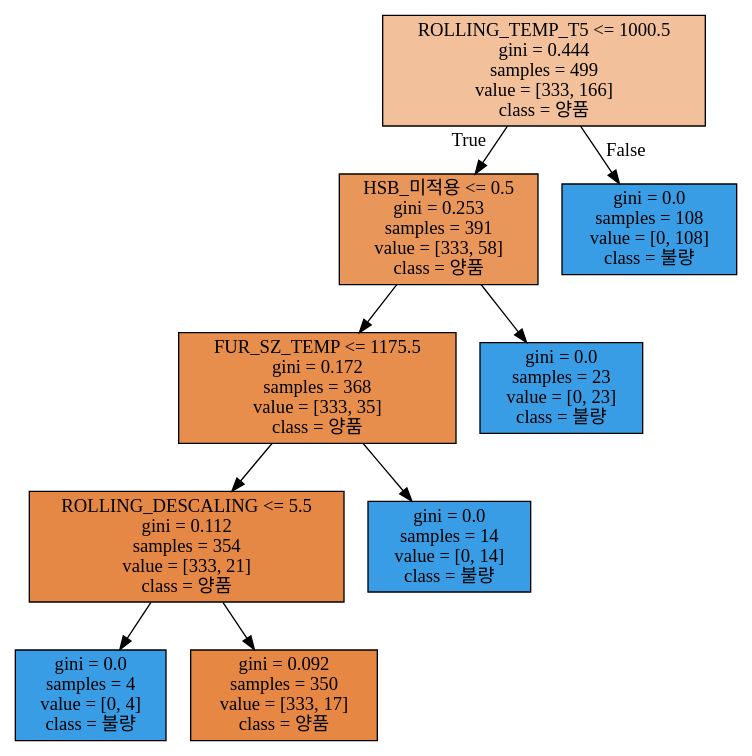
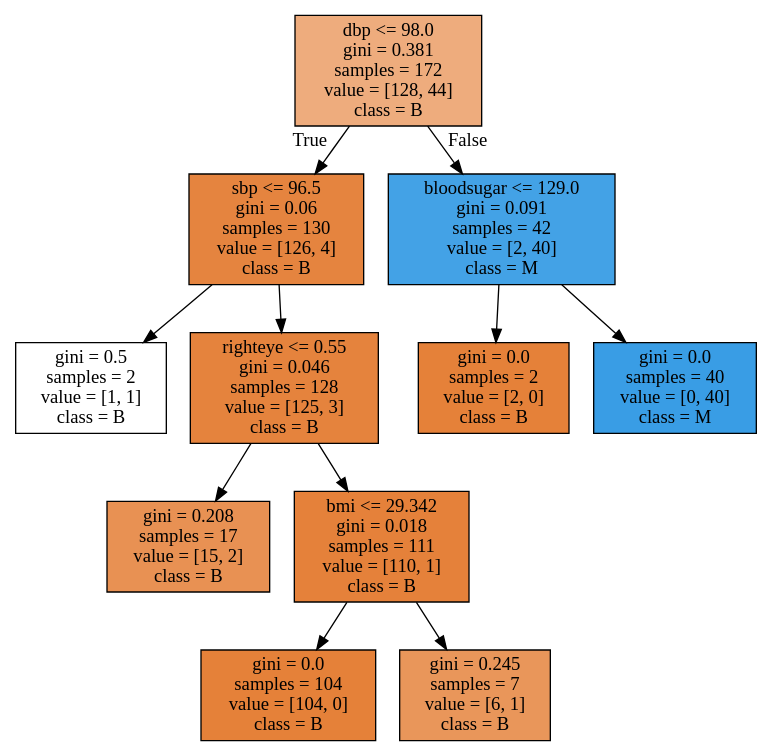
The diagram in py_study/tree_final.dot (juseonjeong/pythonStudy_seon), drawn with Graphviz before and after one commit. The commit also changed 1 other file, not shown here.

```diff
--- a/py_study/tree_final.dot
+++ b/py_study/tree_final.dot
@@ -1,20 +1,24 @@
 digraph Tree {
 node [shape=box, style="filled", color="black"] ;
-0 [label="ROLLING_TEMP_T5 <= 1000.5\ngini = 0.444\nsamples = 499\nvalue = [333, 166]\nclass = 양품", fillcolor="#e5813980"] ;
-1 [label="HSB_미적용 <= 0.5\ngini = 0.253\nsamples = 391\nvalue = [333, 58]\nclass = 양품", fillcolor="#e58139d3"] ;
+0 [label="dbp <= 98.0\ngini = 0.381\nsamples = 172\nvalue = [128, 44]\nclass = B", fillcolor="#e58139a7"] ;
+1 [label="sbp <= 96.5\ngini = 0.06\nsamples = 130\nvalue = [126, 4]\nclass = B", fillcolor="#e58139f7"] ;
 0 -> 1 [labeldistance=2.5, labelangle=45, headlabel="True"] ;
-2 [label="FUR_SZ_TEMP <= 1175.5\ngini = 0.172\nsamples = 368\nvalue = [333, 35]\nclass = 양품", fillcolor="#e58139e4"] ;
+2 [label="gini = 0.5\nsamples = 2\nvalue = [1, 1]\nclass = B", fillcolor="#e5813900"] ;
 1 -> 2 ;
-3 [label="ROLLING_DESCALING <= 5.5\ngini = 0.112\nsamples = 354\nvalue = [333, 21]\nclass = 양품", fillcolor="#e58139ef"] ;
-2 -> 3 ;
-4 [label="gini = 0.0\nsamples = 4\nvalue = [0, 4]\nclass = 불량", fillcolor="#399de5ff"] ;
+3 [label="righteye <= 0.55\ngini = 0.046\nsamples = 128\nvalue = [125, 3]\nclass = B", fillcolor="#e58139f9"] ;
+1 -> 3 ;
+4 [label="gini = 0.208\nsamples = 17\nvalue = [15, 2]\nclass = B", fillcolor="#e58139dd"] ;
 3 -> 4 ;
-5 [label="gini = 0.092\nsamples = 350\nvalue = [333, 17]\nclass = 양품", fillcolor="#e58139f2"] ;
+5 [label="bmi <= 29.342\ngini = 0.018\nsamples = 111\nvalue = [110, 1]\nclass = B", fillcolor="#e58139fd"] ;
 3 -> 5 ;
-6 [label="gini = 0.0\nsamples = 14\nvalue = [0, 14]\nclass = 불량", fillcolor="#399de5ff"] ;
-2 -> 6 ;
-7 [label="gini = 0.0\nsamples = 23\nvalue = [0, 23]\nclass = 불량", fillcolor="#399de5ff"] ;
-1 -> 7 ;
-8 [label="gini = 0.0\nsamples = 108\nvalue = [0, 108]\nclass = 불량", fillcolor="#399de5ff"] ;
+6 [label="gini = 0.0\nsamples = 104\nvalue = [104, 0]\nclass = B", fillcolor="#e58139ff"] ;
+5 -> 6 ;
+7 [label="gini = 0.245\nsamples = 7\nvalue = [6, 1]\nclass = B", fillcolor="#e58139d4"] ;
+5 -> 7 ;
+8 [label="bloodsugar <= 129.0\ngini = 0.091\nsamples = 42\nvalue = [2, 40]\nclass = M", fillcolor="#399de5f2"] ;
 0 -> 8 [labeldistance=2.5, labelangle=-45, headlabel="False"] ;
+9 [label="gini = 0.0\nsamples = 2\nvalue = [2, 0]\nclass = B", fillcolor="#e58139ff"] ;
+8 -> 9 ;
+10 [label="gini = 0.0\nsamples = 40\nvalue = [0, 40]\nclass = M", fillcolor="#399de5ff"] ;
+8 -> 10 ;
 }
```
